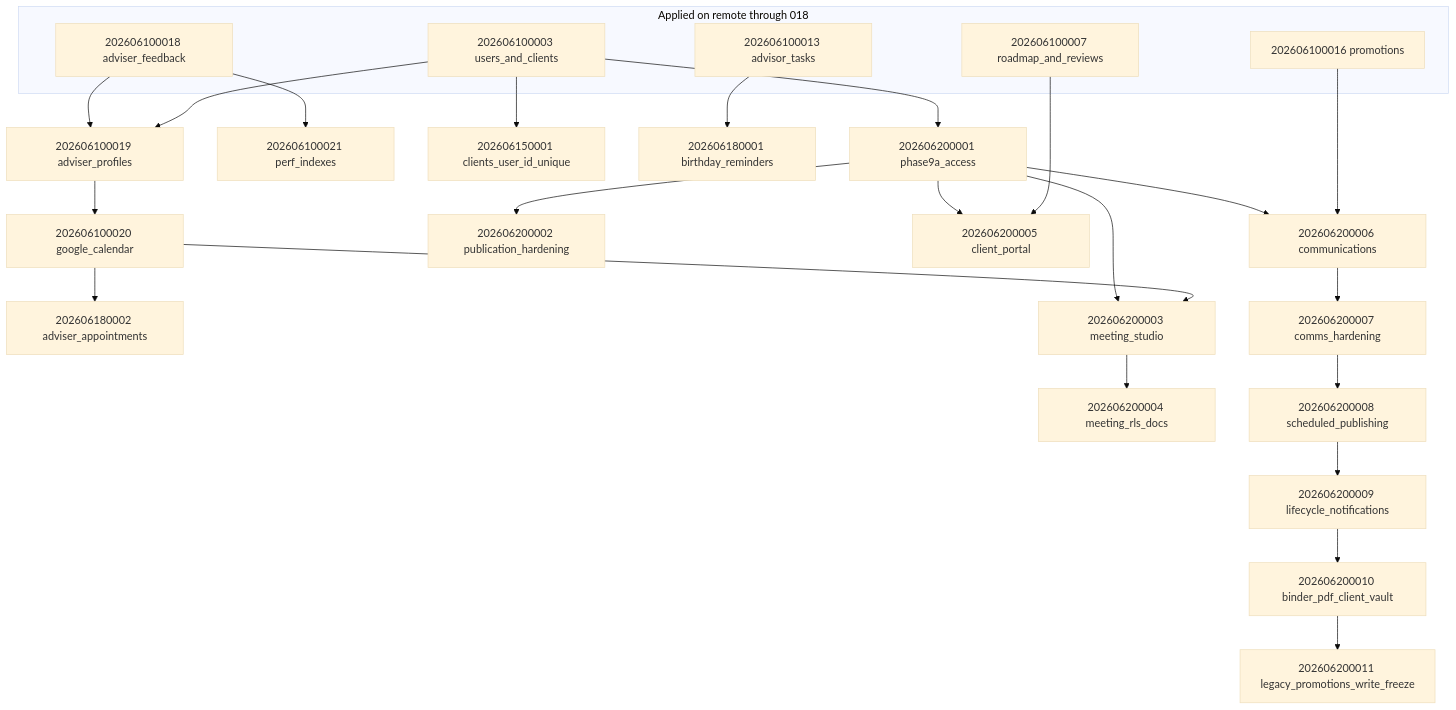
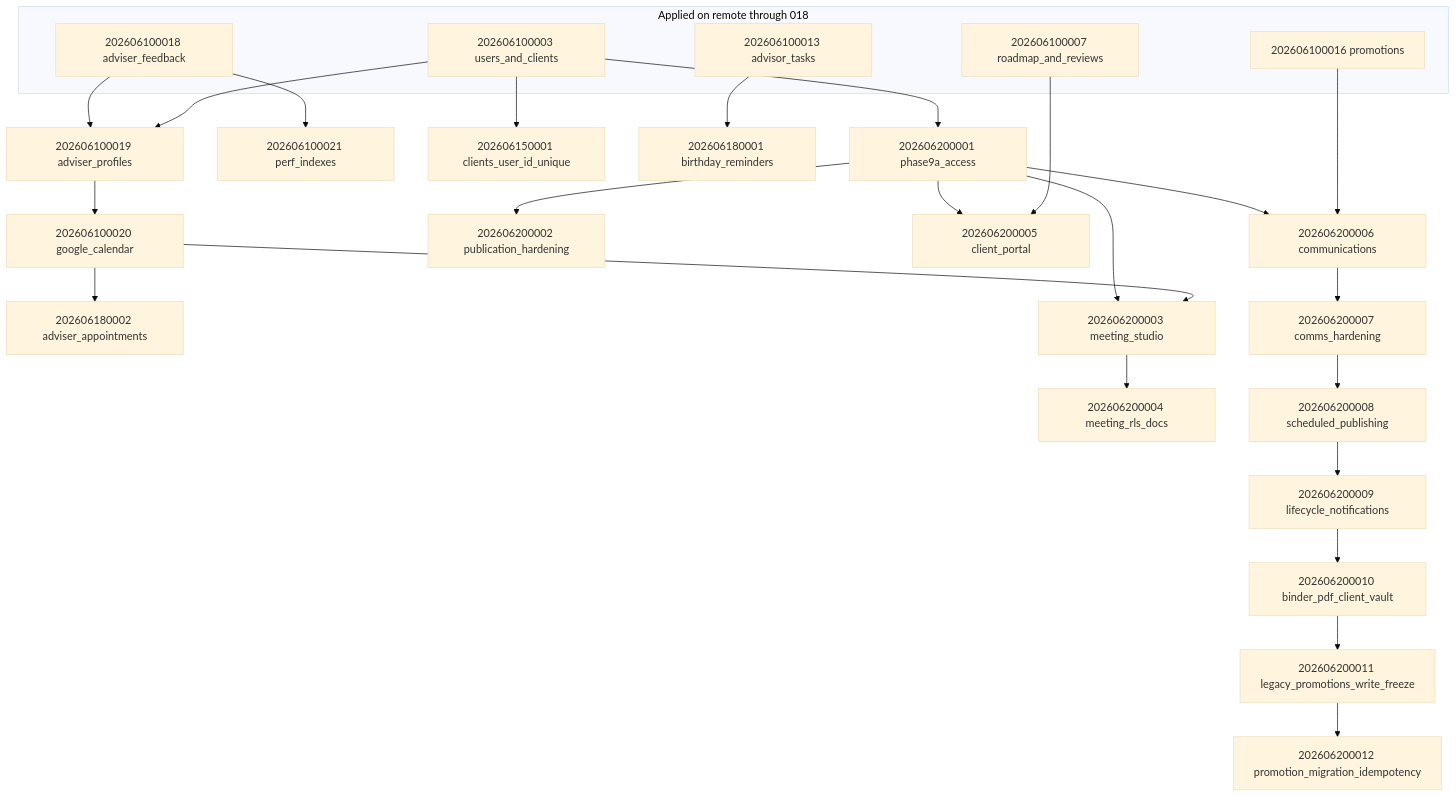
The diagram in docs/MIGRATION_DEPENDENCY_GRAPH.md (marclucas101/aegis-wealth-os), drawn with Mermaid (base theme) before and after one commit. The commit also changed other lines of this file and 19 other files, not shown here.

Commit message:
add atomic promotion migration idempotency

````diff
--- a/docs/MIGRATION_DEPENDENCY_GRAPH.md
+++ b/docs/MIGRATION_DEPENDENCY_GRAPH.md
@@ -5,50 +5,52 @@
 ```mermaid
 flowchart TD
   subgraph applied [Applied on remote through 018]
     M003[202606100003 users_and_clients]
     M007[202606100007 roadmap_and_reviews]
     M013[202606100013 advisor_tasks]
     M016[202606100016 promotions]
     M018[202606100018 adviser_feedback]
   end
 
   M019[202606100019 adviser_profiles]
   M020[202606100020 google_calendar]
   M021[202606100021 perf_indexes]
   M150[202606150001 clients_user_id_unique]
   M8A[202606180001 birthday_reminders]
   M8B[202606180002 adviser_appointments]
   M9A1[202606200001 phase9a_access]
   M9A2[202606200002 publication_hardening]
   M9C1[202606200003 meeting_studio]
   M9C2[202606200004 meeting_rls_docs]
   M9D[202606200005 client_portal]
   M9E1[202606200006 communications]
   M9E2[202606200007 comms_hardening]
   M9F1[202606200008 scheduled_publishing]
   M9F2[202606200009 lifecycle_notifications]
   M9F3[202606200010 binder_pdf_client_vault]
   M9F4[202606200011 legacy_promotions_write_freeze]
+  M9F4B[202606200012 promotion_migration_idempotency]
 
   M018 --> M019
   M003 --> M019
   M019 --> M020
   M018 --> M021
   M003 --> M150
   M013 --> M8A
   M020 --> M8B
   M003 --> M9A1
   M9A1 --> M9A2
   M9A1 --> M9C1
   M020 --> M9C1
   M9C1 --> M9C2
   M9A1 --> M9D
   M007 --> M9D
   M9A1 --> M9E1
   M016 --> M9E1
   M9E1 --> M9E2
   M9E2 --> M9F1
   M9F1 --> M9F2
   M9F2 --> M9F3
   M9F3 --> M9F4
+  M9F4 --> M9F4B
 ```
````
